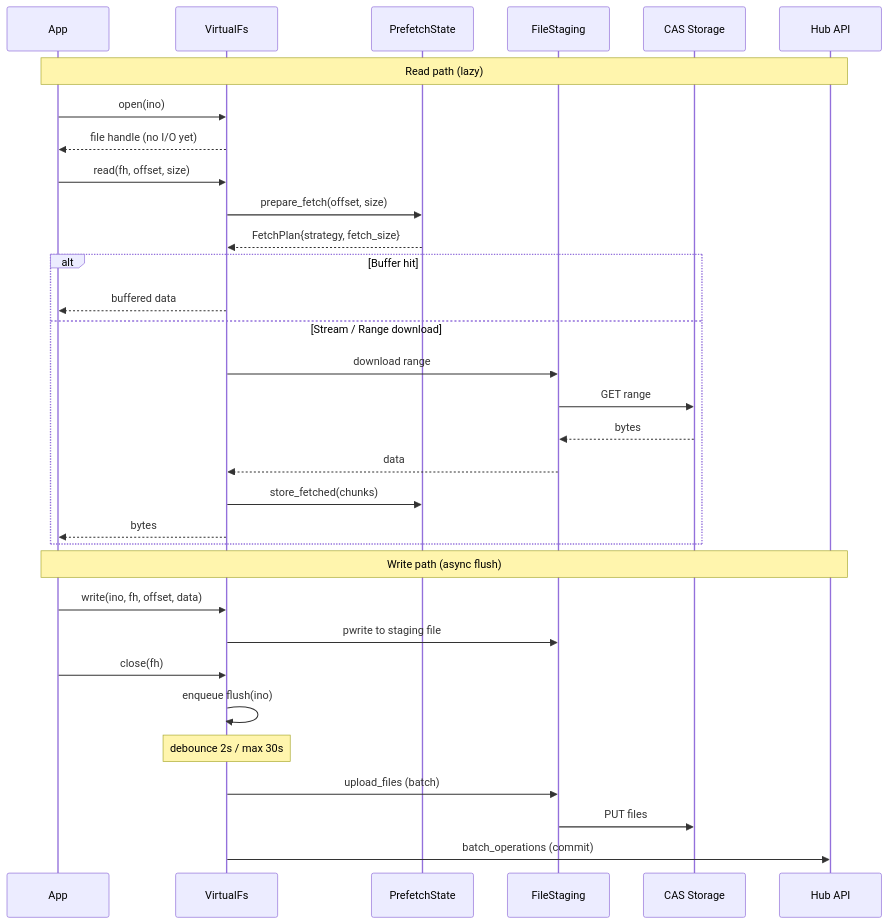
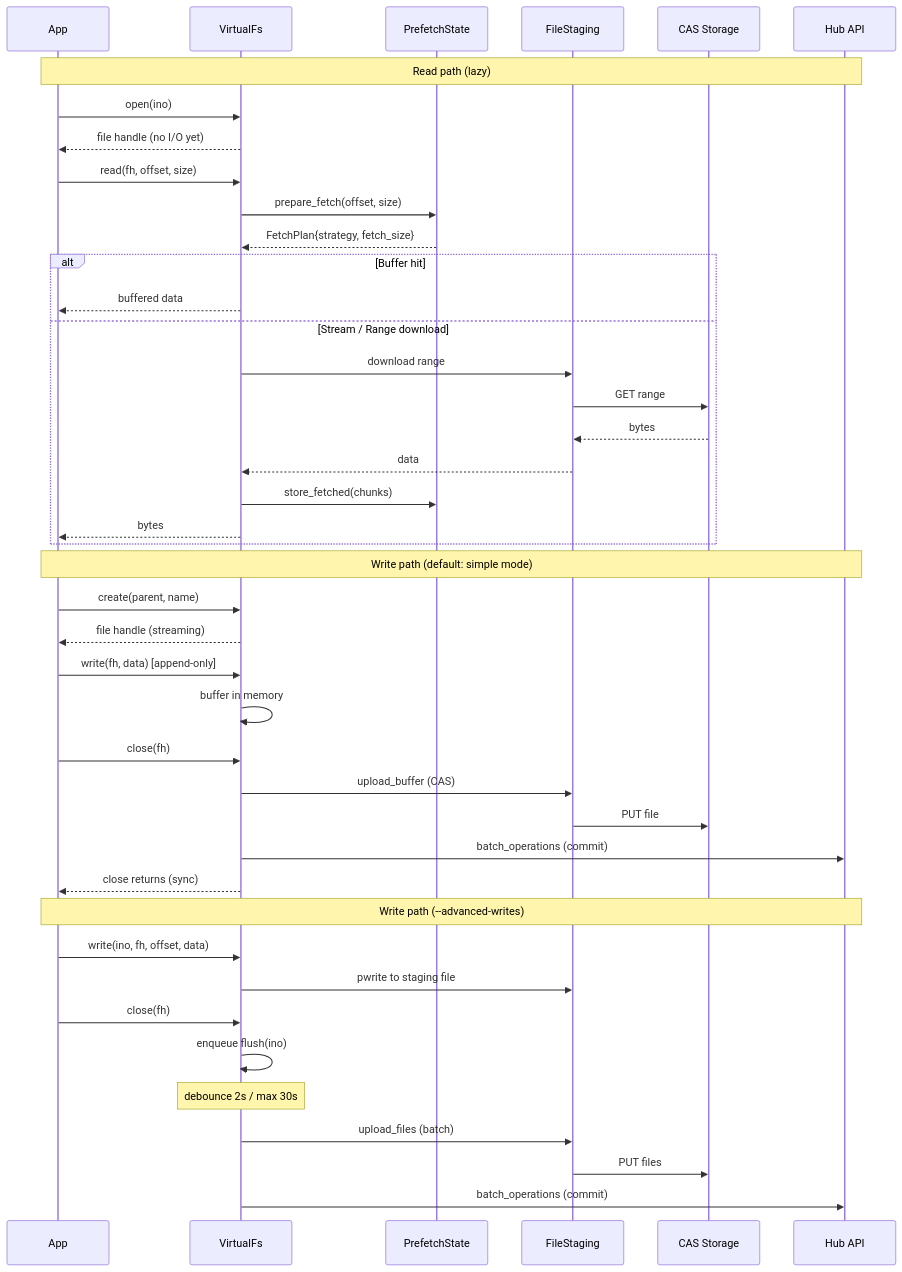
The second of 2 diagrams in README.md (huggingface/hf-mount), drawn with Mermaid before and after one commit. The commit also changed other lines of this file and 15 other files, not shown here.

First line of the commit message:
Default streaming writes, skip SHA-256, channel-based write pipeline

````diff
--- a/README.md
+++ b/README.md
@@ -51,37 +51,48 @@
 ```mermaid
 sequenceDiagram
     participant App
     participant VFS as VirtualFs
     participant PF as PrefetchState
     participant Staging as FileStaging
     participant CAS as CAS Storage
     participant Hub as Hub API
 
     Note over App,Hub: Read path (lazy)
     App->>VFS: open(ino)
     VFS-->>App: file handle (no I/O yet)
     App->>VFS: read(fh, offset, size)
     VFS->>PF: prepare_fetch(offset, size)
     PF-->>VFS: FetchPlan{strategy, fetch_size}
 
     alt Buffer hit
         VFS-->>App: buffered data
     else Stream / Range download
         VFS->>Staging: download range
         Staging->>CAS: GET range
         CAS-->>Staging: bytes
         Staging-->>VFS: data
         VFS->>PF: store_fetched(chunks)
         VFS-->>App: bytes
     end
 
-    Note over App,Hub: Write path (async flush)
+    Note over App,Hub: Write path (default: simple mode)
+    App->>VFS: create(parent, name)
+    VFS-->>App: file handle (streaming)
+    App->>VFS: write(fh, data) [append-only]
+    VFS->>VFS: buffer in memory
+    App->>VFS: close(fh)
+    VFS->>Staging: upload_buffer (CAS)
+    Staging->>CAS: PUT file
+    VFS->>Hub: batch_operations (commit)
+    VFS-->>App: close returns (sync)
+
+    Note over App,Hub: Write path (--advanced-writes)
     App->>VFS: write(ino, fh, offset, data)
     VFS->>Staging: pwrite to staging file
     App->>VFS: close(fh)
     VFS->>VFS: enqueue flush(ino)
     Note over VFS: debounce 2s / max 30s
     VFS->>Staging: upload_files (batch)
     Staging->>CAS: PUT files
     VFS->>Hub: batch_operations (commit)
 ```
````
